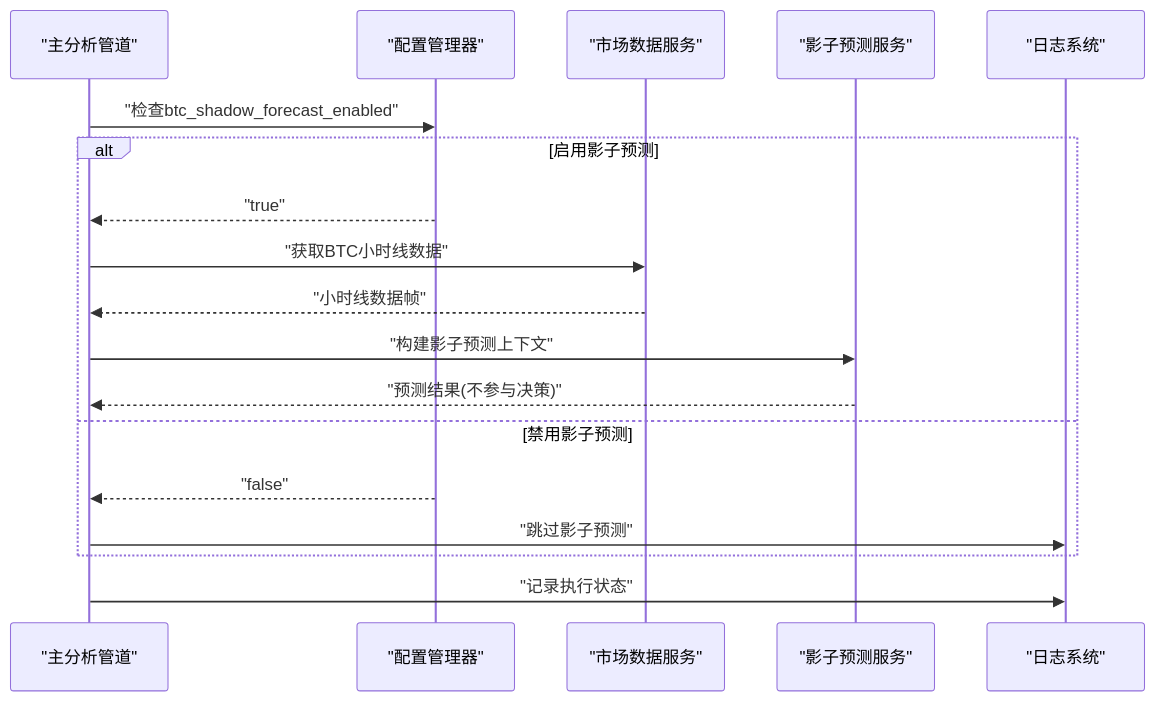
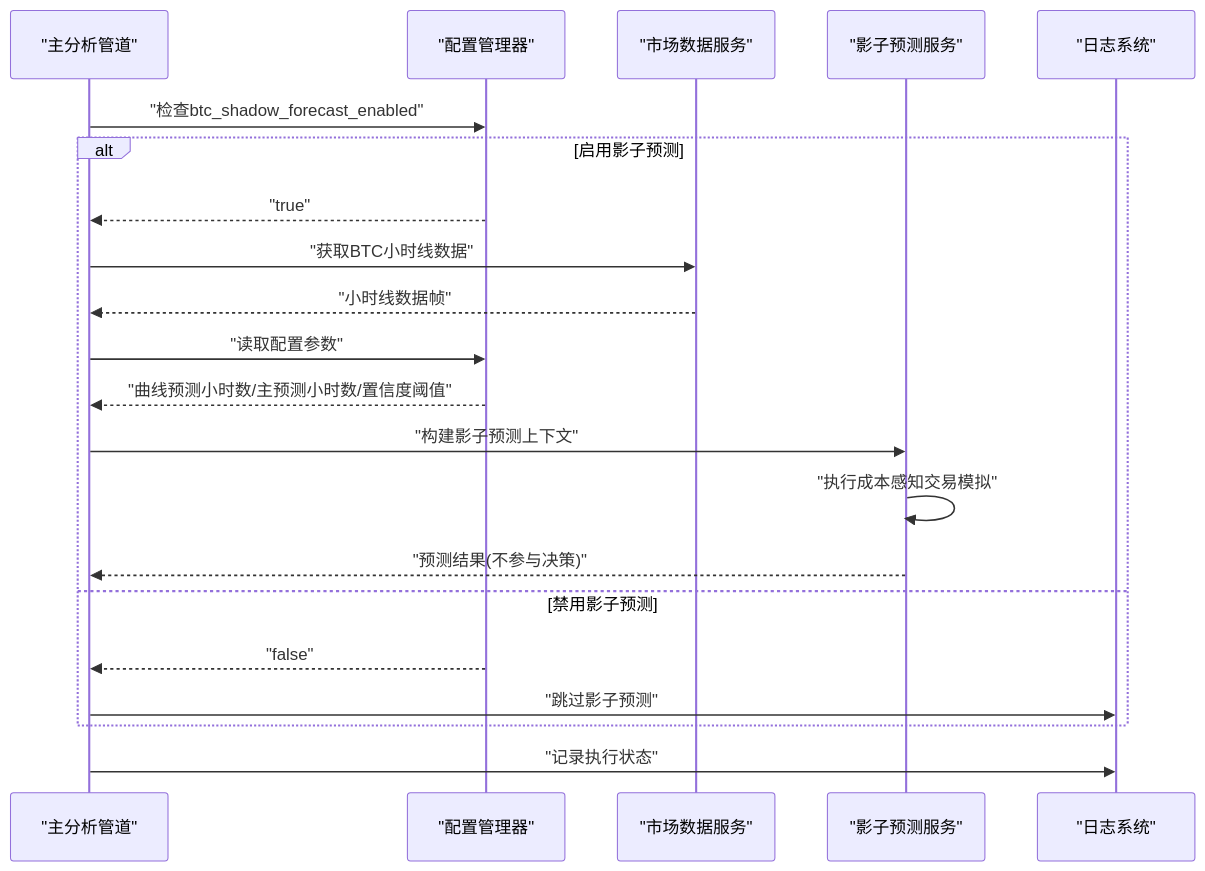
One commit to anYaoooo/daily_stock_analysis changed the fifth of 15 diagrams in .qoder/repowiki/zh/content/API参考文档/加密货币交易API.md. Above: the diagram before and after it, drawn with Mermaid. The commit also changed other lines of this file and 39 other files, not shown here.

````diff
--- a/.qoder/repowiki/zh/content/API参考文档/加密货币交易API.md
+++ b/.qoder/repowiki/zh/content/API参考文档/加密货币交易API.md
@@ -254,20 +286,23 @@
 ```mermaid
 sequenceDiagram
 participant Pipeline as "主分析管道"
 participant Config as "配置管理器"
 participant MarketSvc as "市场数据服务"
 participant ShadowSvc as "影子预测服务"
 participant Logger as "日志系统"
 Pipeline->>Config : "检查btc_shadow_forecast_enabled"
 alt 启用影子预测
 Config-->>Pipeline : "true"
 Pipeline->>MarketSvc : "获取BTC小时线数据"
 MarketSvc-->>Pipeline : "小时线数据帧"
+Pipeline->>Config : "读取配置参数"
+Config-->>Pipeline : "曲线预测小时数/主预测小时数/置信度阈值"
 Pipeline->>ShadowSvc : "构建影子预测上下文"
+ShadowSvc->>ShadowSvc : "执行成本感知交易模拟"
 ShadowSvc-->>Pipeline : "预测结果(不参与决策)"
 else 禁用影子预测
 Config-->>Pipeline : "false"
 Pipeline->>Logger : "跳过影子预测"
 end
 Pipeline->>Logger : "记录执行状态"
 ```
````
